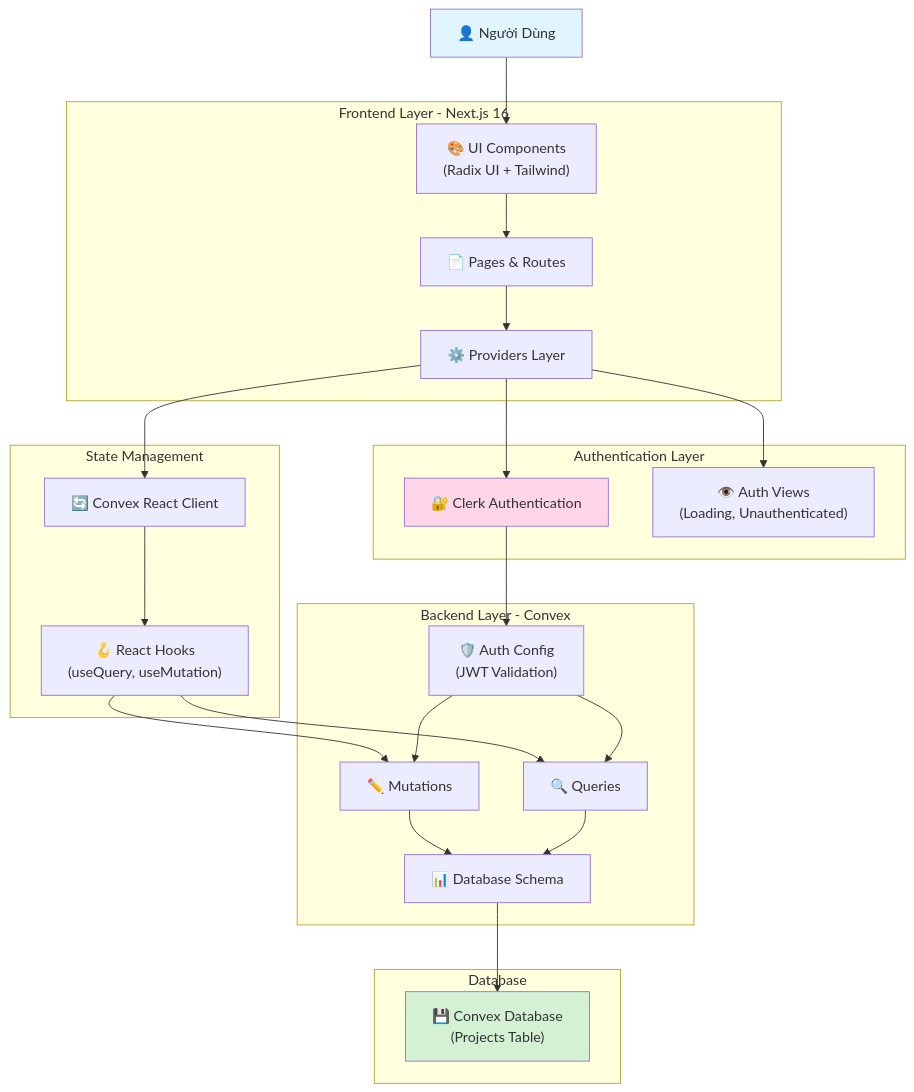
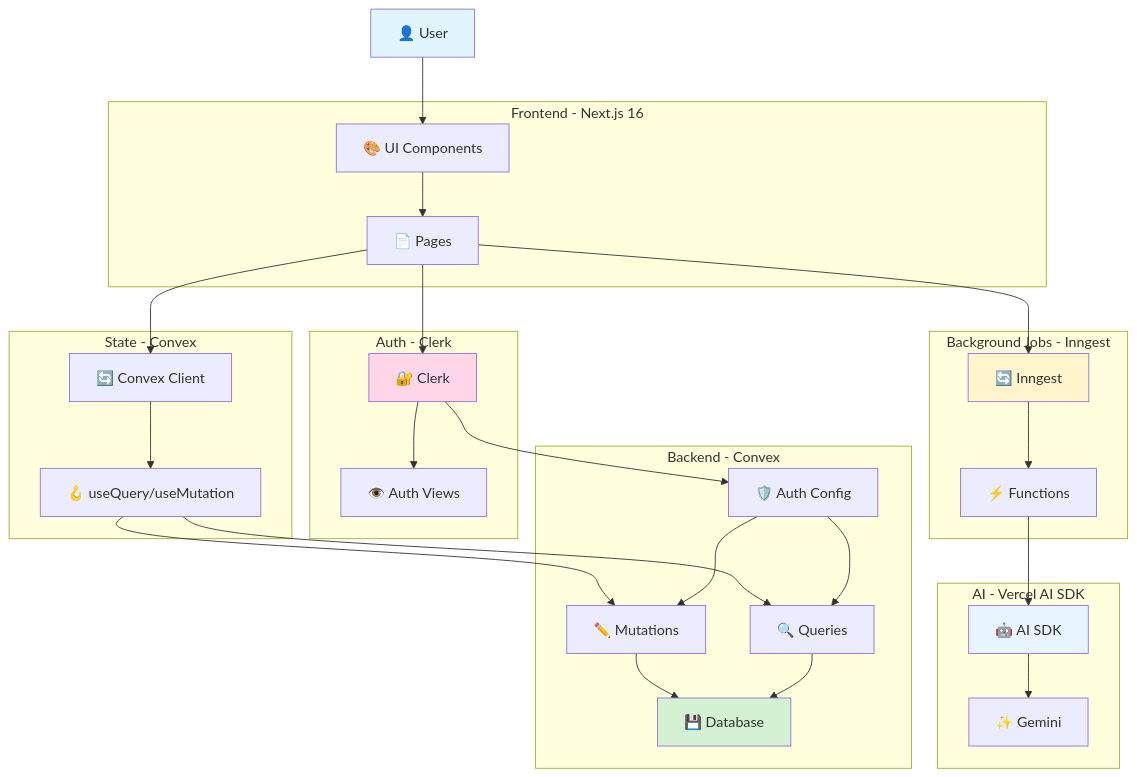
The first of 6 diagrams in docs/business-logic-mindmap.md (Code-with-Jok/v0-dev), drawn with Mermaid before and after one commit. The commit also changed other lines of this file and 10 other files, not shown here.

Commit message:
feat: Implement background jobs with Inngest and integrate Vercel AI SDK for text generation, including demo routes and documentation.

````diff
--- a/docs/business-logic-mindmap.md
+++ b/docs/business-logic-mindmap.md
@@ -8,54 +8,52 @@
 ```mermaid
 graph TB
-    User["👤 Người Dùng"]
+    User["👤 User"]
 
-    subgraph "Frontend Layer - Next.js 16"
-        UI["🎨 UI Components<br/>(Radix UI + Tailwind)"]
-        Pages["📄 Pages & Routes"]
-        Providers["⚙️ Providers Layer"]
+    subgraph "Frontend - Next.js 16"
+        UI["🎨 UI Components"]
+        Pages["📄 Pages"]
     end
 
-    subgraph "Authentication Layer"
-        Clerk["🔐 Clerk Authentication"]
-        AuthViews["👁️ Auth Views<br/>(Loading, Unauthenticated)"]
+    subgraph "Auth - Clerk"
+        Clerk["🔐 Clerk"]
+        AuthViews["👁️ Auth Views"]
     end
 
-    subgraph "State Management"
-        ConvexClient["🔄 Convex React Client"]
-        Hooks["🪝 React Hooks<br/>(useQuery, useMutation)"]
+    subgraph "State - Convex"
+        ConvexClient["🔄 Convex Client"]
+        Hooks["🪝 useQuery/useMutation"]
     end
 
-    subgraph "Backend Layer - Convex"
-        AuthConfig["🛡️ Auth Config<br/>(JWT Validation)"]
-        Schema["📊 Database Schema"]
+    subgraph "Backend - Convex"
+        AuthConfig["🛡️ Auth Config"]
         Mutations["✏️ Mutations"]
         Queries["🔍 Queries"]
+        ConvexDB["💾 Database"]
     end
 
-    subgraph "Database"
-        ConvexDB["💾 Convex Database<br/>(Projects Table)"]
+    subgraph "Background Jobs - Inngest"
+        InngestClient["🔄 Inngest"]
+        Functions["⚡ Functions"]
     end
 
-    User --> UI
-    UI --> Pages
-    Pages --> Providers
-    Providers --> Clerk
-    Providers --> ConvexClient
-    Providers --> AuthViews
+    subgraph "AI - Vercel AI SDK"
+        AISDK["🤖 AI SDK"]
+        Gemini["✨ Gemini"]
+    end
 
-    ConvexClient --> Hooks
-    Hooks --> Mutations
-    Hooks --> Queries
+    User --> UI --> Pages
+    Pages --> Clerk --> AuthViews
+    Pages --> ConvexClient --> Hooks
+    Hooks --> Mutations & Queries
+    Clerk --> AuthConfig --> Mutations & Queries
+    Mutations & Queries --> ConvexDB
 
-    Clerk --> AuthConfig
-    AuthConfig --> Mutations
-    AuthConfig --> Queries
-
-    Mutations --> Schema
-    Queries --> Schema
-    Schema --> ConvexDB
+    Pages --> InngestClient --> Functions
+    Functions --> AISDK --> Gemini
 
     style User fill:#e1f5ff
     style Clerk fill:#ffd6e8
     style ConvexDB fill:#d4f1d4
+    style InngestClient fill:#fff4cc
+    style AISDK fill:#e8f4ff
 ```
````
